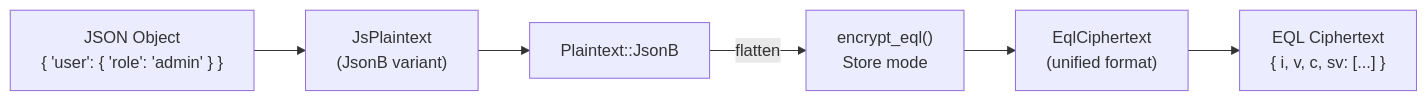
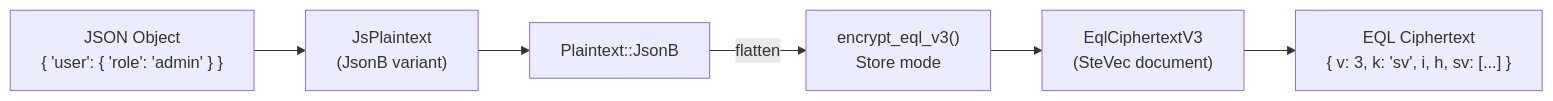
One commit to cipherstash/protectjs-ffi changed the second of 4 diagrams in docs/jsonb-integration.md. Above: the diagram before and after it, drawn with Mermaid. The commit also changed other lines of this file and 3 other files, not shown here.

````diff
--- a/docs/jsonb-integration.md
+++ b/docs/jsonb-integration.md
@@ -44,8 +44,8 @@
 ```mermaid
 flowchart LR
     IN["JSON Object<br/>{ 'user': { 'role': 'admin' } }"] --> JP["JsPlaintext<br/>(JsonB variant)"]
     JP --> PT["Plaintext::JsonB"]
-    PT -- "flatten" --> EE["encrypt_eql()<br/>Store mode"]
-    EE --> EC["EqlCiphertext<br/>(unified format)"]
-    EC --> OUT["EQL Ciphertext<br/>{ i, v, c, sv: [...] }"]
+    PT -- "flatten" --> EE["encrypt_eql_v3()<br/>Store mode"]
+    EE --> EC["EqlCiphertextV3<br/>(SteVec document)"]
+    EC --> OUT["EQL Ciphertext<br/>{ v: 3, k: 'sv', i, h, sv: [...] }"]
 ```
````
